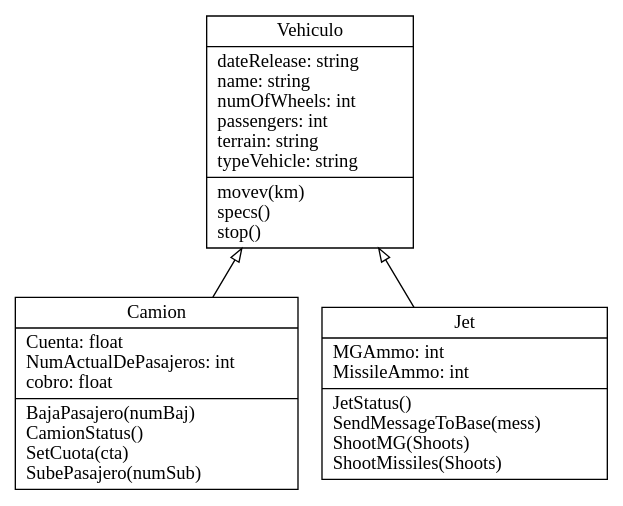
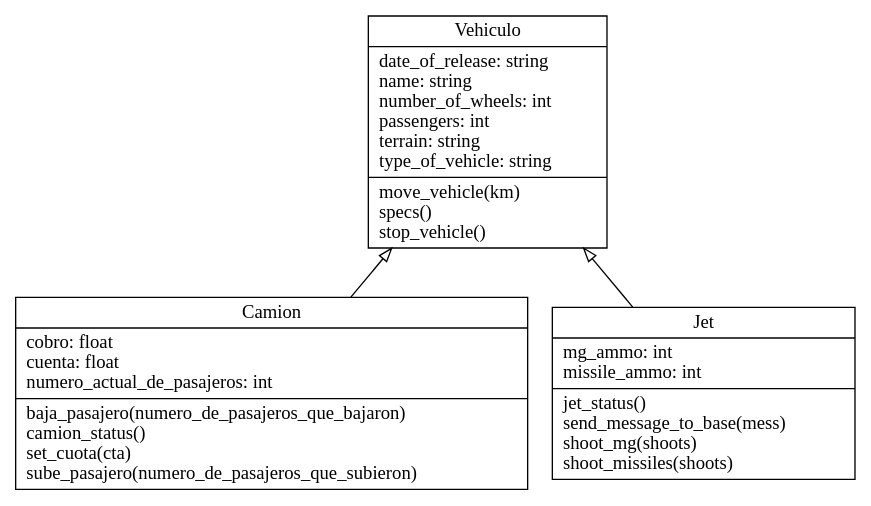
The diagram in Ago-Dic-2020/gonzalez-cardenas-jesus-antonio/Practica 2/classes.dot (AnhellO/DAS_Sistemas), drawn with Graphviz before and after one commit. The commit also changed 1 other file, not shown here.

Commit message:
Commit de practica 2 - 3.1 Añado archivos que faltaron en el commit anterior

```diff
--- a/Ago-Dic-2020/gonzalez-cardenas-jesus-antonio/Practica 2/classes.dot
+++ b/Ago-Dic-2020/gonzalez-cardenas-jesus-antonio/Practica 2/classes.dot
@@ -1,9 +1,9 @@
 digraph "classes" {
 charset="utf-8"
 rankdir=BT
-"0" [label="{Camion|Cuenta: float\lNumActualDePasajeros: int\lcobro: float\l|BajaPasajero(numBaj)\lCamionStatus()\lSetCuota(cta)\lSubePasajero(numSub)\l}", shape="record"];
-"1" [label="{Jet|MGAmmo: int\lMissileAmmo: int\l|JetStatus()\lSendMessageToBase(mess)\lShootMG(Shoots)\lShootMissiles(Shoots)\l}", shape="record"];
-"2" [label="{Vehiculo|dateRelease: string\lname: string\lnumOfWheels: int\lpassengers: int\lterrain: string\ltypeVehicle: string\l|movev(km)\lspecs()\lstop()\l}", shape="record"];
+"0" [label="{Camion|cobro: float\lcuenta: float\lnumero_actual_de_pasajeros: int\l|baja_pasajero(numero_de_pasajeros_que_bajaron)\lcamion_status()\lset_cuota(cta)\lsube_pasajero(numero_de_pasajeros_que_subieron)\l}", shape="record"];
+"1" [label="{Jet|mg_ammo: int\lmissile_ammo: int\l|jet_status()\lsend_message_to_base(mess)\lshoot_mg(shoots)\lshoot_missiles(shoots)\l}", shape="record"];
+"2" [label="{Vehiculo|date_of_release: string\lname: string\lnumber_of_wheels: int\lpassengers: int\lterrain: string\ltype_of_vehicle: string\l|move_vehicle(km)\lspecs()\lstop_vehicle()\l}", shape="record"];
 "0" -> "2" [arrowhead="empty", arrowtail="none"];
 "1" -> "2" [arrowhead="empty", arrowtail="none"];
 }
```
